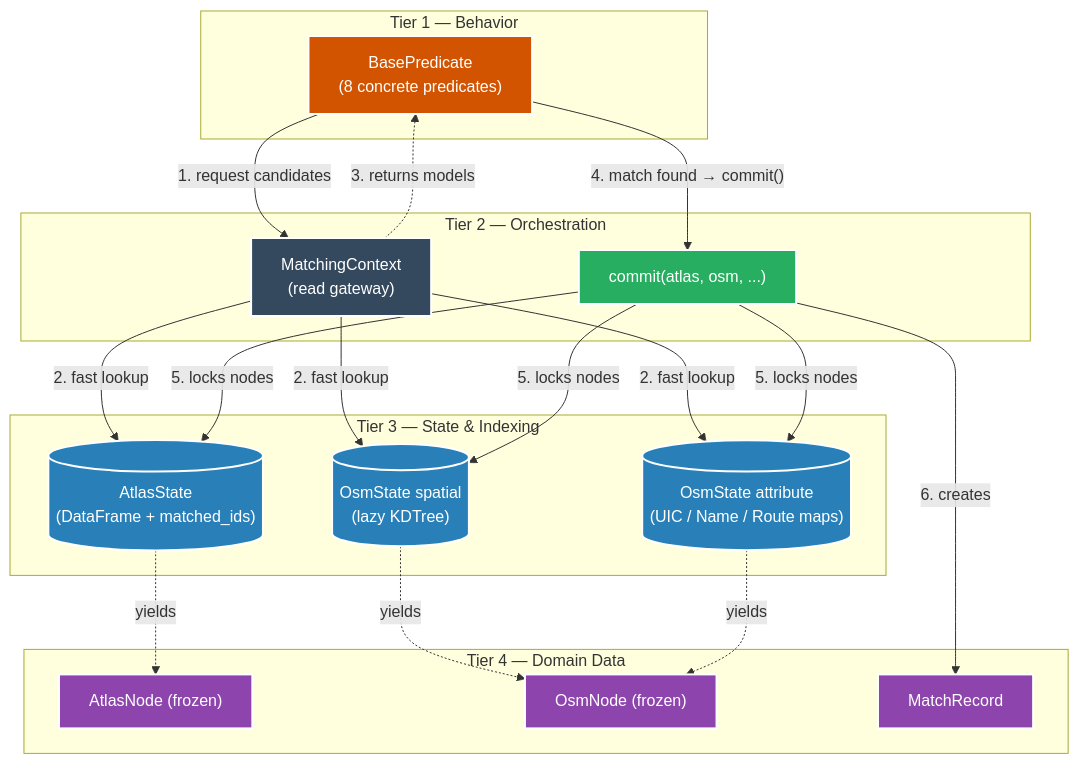
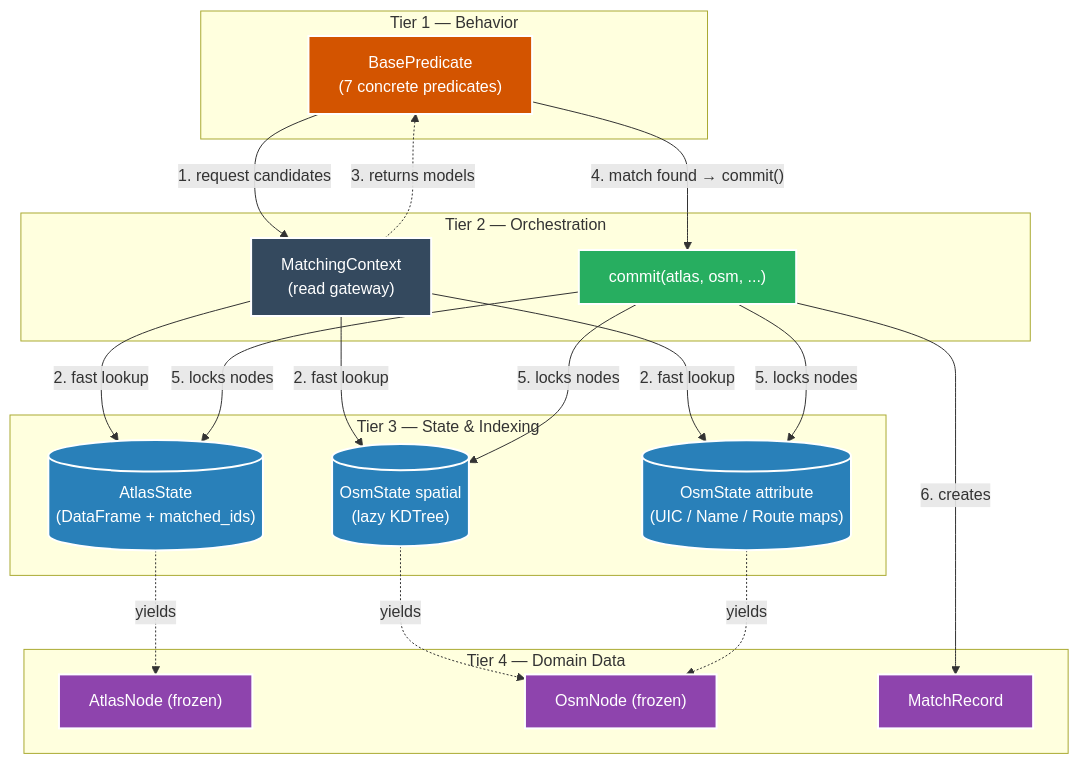
The first of 5 diagrams in documentation/2. Matching process.md (openTdataCH/stop_sync_osm_atlas), drawn with Mermaid before and after one commit. The commit also changed other lines of this file and 66 other files, not shown here.

````diff
--- a/documentation/2. Matching process.md
+++ b/documentation/2. Matching process.md
@@ -36,38 +38,38 @@
 ```mermaid
 flowchart TD
     classDef model fill:#8e44ad,color:#fff,stroke:#fff,stroke-width:2px
     classDef state fill:#2980b9,color:#fff,stroke:#fff,stroke-width:2px
     classDef context fill:#34495e,color:#fff,stroke:#fff,stroke-width:2px
     classDef behavior fill:#d35400,color:#fff,stroke:#fff,stroke-width:2px
     classDef action fill:#27ae60,color:#fff,stroke:#fff,stroke-width:2px
 
     subgraph "Tier 1 — Behavior"
-        Predicate["BasePredicate<br/>(8 concrete predicates)"]:::behavior
+        Predicate["BasePredicate<br/>(7 concrete predicates)"]:::behavior
     end
 
     subgraph "Tier 2 — Orchestration"
         Context["MatchingContext<br/>(read gateway)"]:::context
         Commit["commit(atlas, osm, ...)"]:::action
     end
 
     subgraph "Tier 3 — State & Indexing"
         AtlasDS[("AtlasState<br/>(DataFrame + matched_ids)")]:::state
         SpatialDS[("OsmState spatial<br/>(lazy KDTree)")]:::state
         AttrDS[("OsmState attribute<br/>(UIC / Name / Route maps)")]:::state
     end
 
     subgraph "Tier 4 — Domain Data"
         AtlasNode["AtlasNode (frozen)"]:::model
         OsmNode["OsmNode (frozen)"]:::model
         MatchRecord["MatchRecord"]:::model
     end
 
     Predicate -- "1. request candidates" --> Context
     Context -- "2. fast lookup" --> AtlasDS & SpatialDS & AttrDS
     AtlasDS -. "yields" .-> AtlasNode
     SpatialDS & AttrDS -. "yields" .-> OsmNode
     Context -. "3. returns models" .-> Predicate
     Predicate -- "4. match found → commit()" --> Commit
     Commit -- "5. locks nodes" --> AtlasDS & SpatialDS & AttrDS
     Commit -- "6. creates" --> MatchRecord
 ```
````
